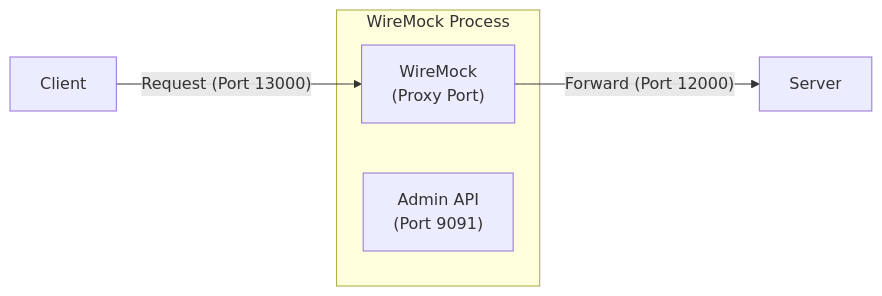
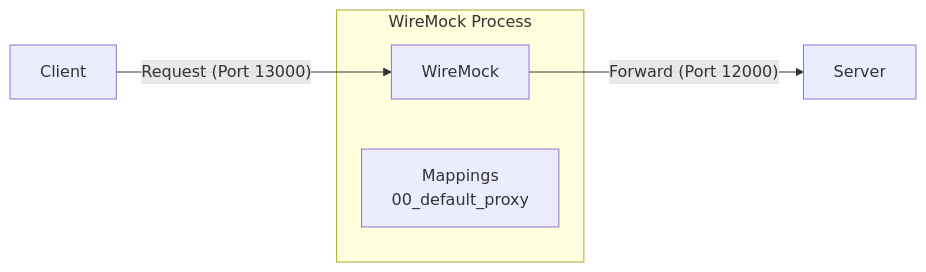
One commit to umbalaconmeogia/usage-toxi-proxy changed the first of 2 diagrams in tests/02_WireMockWithoutControl/README.vi.md. Above: the diagram before and after it, drawn with Mermaid. The commit also changed 17 other files, not shown here.

Commit message:
Complete 03_WireMockWithControl

````diff
--- a/tests/02_WireMockWithoutControl/README.vi.md
+++ b/tests/02_WireMockWithoutControl/README.vi.md
@@ -9,10 +9,10 @@
 ```mermaid
 graph LR
-    Client["Client"] -- "Request (Port 13000)" --> WM_Proxy["WireMock\n(Proxy Port)"]
+    Client["Client"] -- "Request (Port 13000)" --> WM_Proxy["WireMock"]
     WM_Proxy -- "Forward (Port 12000)" --> Server["Server"]
   
     subgraph "WireMock Process"
         WM_Proxy
-        WM_Admin["Admin API\n(Port 9091)"]
+        WM_Mappings["Mappings<br>00_default_proxy"]
     end
 ```
````
